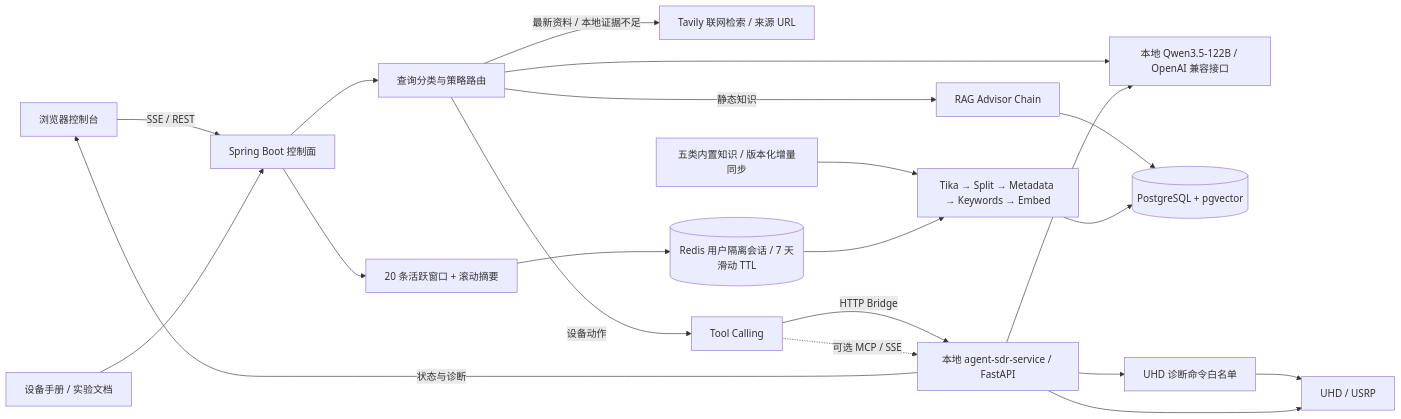
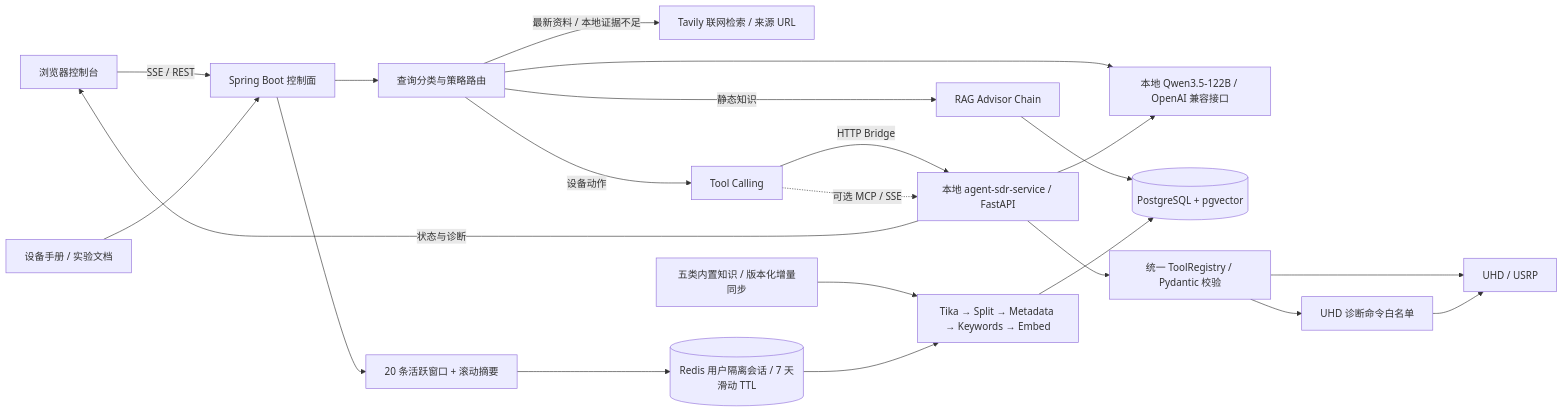
One commit to YoYoYoYp/Wireless-Lab-Agent changed the diagram in README.md. Above: the diagram before and after it, drawn with Mermaid. The commit also changed other lines of this file and 12 other files, not shown here.

Commit message:
refactor: unify SDR tool registry

````diff
--- a/README.md
+++ b/README.md
@@ -39,23 +39,24 @@
 ```mermaid
 flowchart LR
     UI["浏览器控制台"] -->|"SSE / REST"| Spring["Spring Boot 控制面"]
     Spring --> Router["查询分类与策略路由"]
     Router --> Qwen["本地 Qwen3.5-122B / OpenAI 兼容接口"]
     Router -->|"静态知识"| Advisors["RAG Advisor Chain"]
     Advisors --> PG[("PostgreSQL + pgvector")]
     Router -->|"最新资料 / 本地证据不足"| Web["Tavily 联网检索 / 来源 URL"]
     Router -->|"设备动作"| Tools["Tool Calling"]
     Tools -->|"HTTP Bridge"| SDR["本地 agent-sdr-service / FastAPI"]
     Tools -.->|"可选 MCP / SSE"| SDR
-    SDR --> Diagnostics["UHD 诊断命令白名单"]
+    SDR --> Registry["统一 ToolRegistry / Pydantic 校验"]
+    Registry --> Diagnostics["UHD 诊断命令白名单"]
+    Registry --> UHD["UHD / USRP"]
     Diagnostics --> UHD["UHD / USRP"]
-    SDR --> UHD
     SDR --> Qwen
     Spring --> Memory["20 条活跃窗口 + 滚动摘要"]
     Memory --> Redis[("Redis 用户隔离会话 / 7 天滑动 TTL")]
     Upload["设备手册 / 实验文档"] --> Spring
     Bundle["五类内置知识 / 版本化增量同步"] --> ETL
     Redis --> ETL["Tika → Split → Metadata → Keywords → Embed"]
     ETL --> PG
     SDR -->|"状态与诊断"| UI
 ```
````
